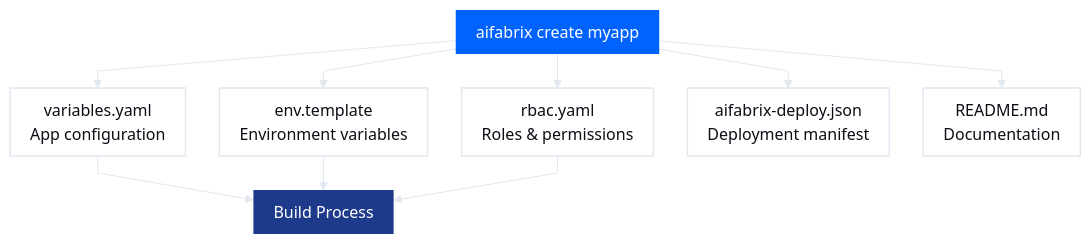
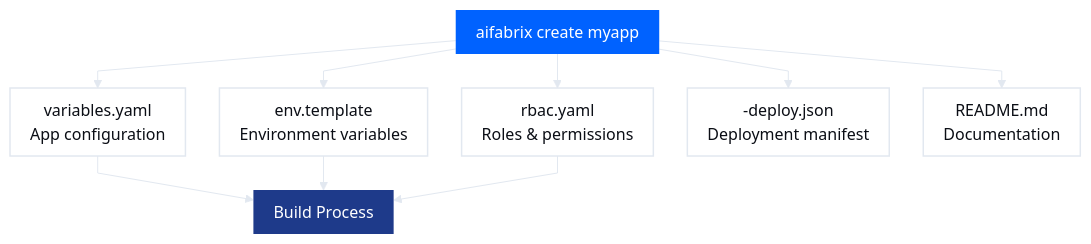
The second of 2 diagrams in docs/your-own-applications.md (esystemsdev/aifabrix-builder), drawn with Mermaid before and after one commit. The commit also changed other lines of this file and 21 other files, not shown here.

````diff
--- a/docs/your-own-applications.md
+++ b/docs/your-own-applications.md
@@ -102,44 +102,44 @@
 ```mermaid
 %%{init: {
   "theme": "base",
   "themeVariables": {
     "fontFamily": "Poppins, Arial Rounded MT Bold, Arial, sans-serif",
     "fontSize": "16px",
     "background": "#FFFFFF",
     "primaryColor": "#F8FAFC",
     "primaryTextColor": "#0B0E15",
     "primaryBorderColor": "#E2E8F0",
     "lineColor": "#E2E8F0",
     "textColor": "#0B0E15",
     "borderRadius": 16
   },
   "flowchart": {
     "curve": "linear",
     "nodeSpacing": 34,
     "rankSpacing": 34,
     "padding": 10
   }
 }}%%
 
 flowchart TD
 
 %% =======================
 %% Styles
 %% =======================
 classDef base fill:#FFFFFF,color:#0B0E15,stroke:#E2E8F0,stroke-width:1.5px;
 classDef medium fill:#1E3A8A,color:#ffffff,stroke-width:0px;
 classDef primary fill:#0062FF,color:#ffffff,stroke-width:0px;
 
 %% =======================
 %% Flow
 %% =======================
 Create[aifabrix create myapp]:::primary --> Variables[variables.yaml<br/>App configuration]:::base
 Create --> EnvTemplate[env.template<br/>Environment variables]:::base
 Create --> Rbac[rbac.yaml<br/>Roles & permissions]:::base
-Create --> DeployJson[aifabrix-deploy.json<br/>Deployment manifest]:::base
+Create --> DeployJson["<appKey>-deploy.json<br/>Deployment manifest"]:::base
 Create --> Readme[README.md<br/>Documentation]:::base
 
 Variables --> Build[Build Process]:::medium
 EnvTemplate --> Build
 Rbac --> Build
 ```
````
